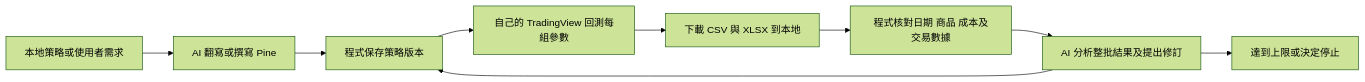
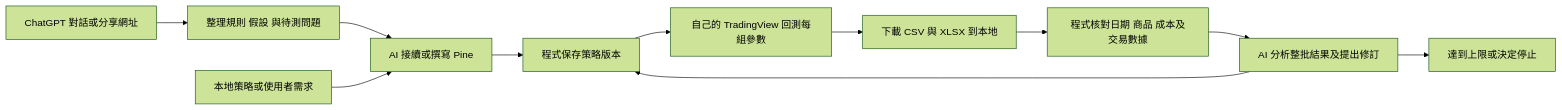
The diagram in README.md (charleswanghc/tradingview-strategy-research-studio), drawn with Mermaid (forest theme) before and after one commit. The commit also changed other lines of this file and 13 other files, not shown here.

Commit message:
feat: continue strategy research from ChatGPT conversations

````diff
--- a/README.md
+++ b/README.md
@@ -20,11 +20,13 @@
 ```mermaid
 flowchart LR
-  A[本地策略或使用者需求] --> B[AI 翻寫或撰寫 Pine]
+  A[ChatGPT 對話或分享網址] --> I[整理規則 假設 與待測問題]
+  I --> B[AI 接續或撰寫 Pine]
+  J[本地策略或使用者需求] --> B
   B --> C[程式保存策略版本]
   C --> D[自己的 TradingView 回測每組參數]
   D --> E[下載 CSV 與 XLSX 到本地]
   E --> F[程式核對日期 商品 成本及交易數據]
   F --> G[AI 分析整批結果及提出修訂]
   G --> C
   G --> H[達到上限或決定停止]
 ```
````
